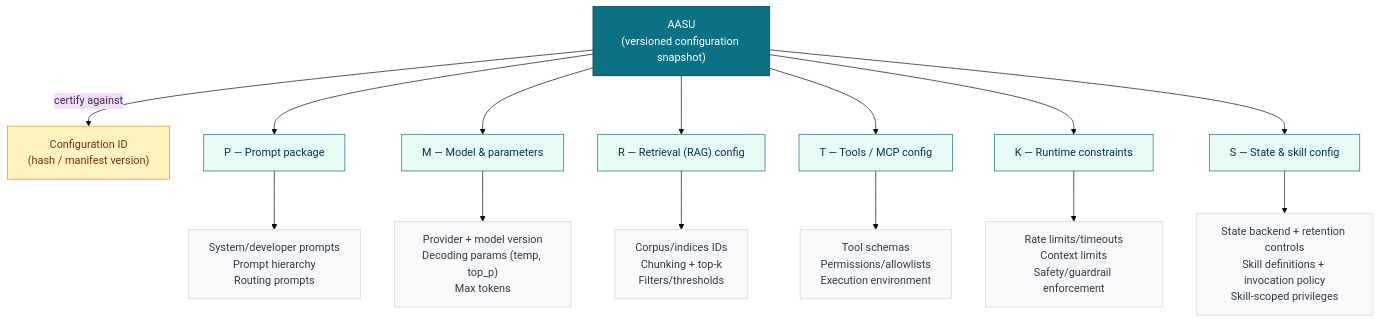
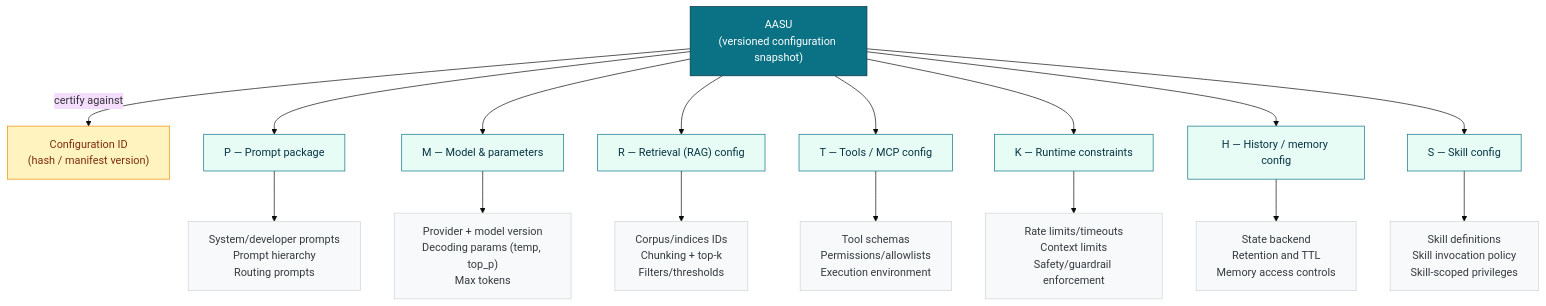
Before and after one commit to SAISec/AASU: the first of 9 diagrams in AASU_White_Paper_Consolidated_v2_2.md, drawn with Mermaid (base theme). The commit also changed other lines of this file and 16 other files, not shown here.

Commit message:
Use H for memory/history and S for skills across PMRTK extension

````diff
--- a/AASU_White_Paper_Consolidated_v2_2.md
+++ b/AASU_White_Paper_Consolidated_v2_2.md
@@ -67,32 +68,35 @@
 ```mermaid
 flowchart TB
   A["AASU<br/>(versioned configuration snapshot)"]:::aasu
   ID["Configuration ID<br/>(hash / manifest version)"]:::id
 
   P["P — Prompt package"]:::comp
   M["M — Model & parameters"]:::comp
   R["R — Retrieval (RAG) config"]:::comp
   T["T — Tools / MCP config"]:::comp
   K["K — Runtime constraints"]:::comp
-  S["S — State & skill config"]:::comp
+  H["H — History / memory config"]:::comp
+  S["S — Skill config"]:::comp
 
   A --> P
   A --> M
   A --> R
   A --> T
   A --> K
+  A --> H
   A --> S
   A -->|certify against| ID
 
   P --> Pdetail["System/developer prompts<br/>Prompt hierarchy<br/>Routing prompts"]:::detail
   M --> Mdetail["Provider + model version<br/>Decoding params (temp, top_p)<br/>Max tokens"]:::detail
   R --> Rdetail["Corpus/indices IDs<br/>Chunking + top-k<br/>Filters/thresholds"]:::detail
   T --> Tdetail["Tool schemas<br/>Permissions/allowlists<br/>Execution environment"]:::detail
   K --> Kdetail["Rate limits/timeouts<br/>Context limits<br/>Safety/guardrail enforcement"]:::detail
-  S --> Sdetail["State backend + retention controls<br/>Skill definitions + invocation policy<br/>Skill-scoped privileges"]:::detail
+  H --> Hdetail["State backend<br/>Retention and TTL<br/>Memory access controls"]:::detail
+  S --> Sdetail["Skill definitions<br/>Skill invocation policy<br/>Skill-scoped privileges"]:::detail
 
   classDef aasu fill:#0b7285,stroke:#083344,color:#ffffff;
   classDef id fill:#fff3bf,stroke:#f08c00,color:#7c2d12;
   classDef comp fill:#e6fcf5,stroke:#0b7285,color:#083344;
   classDef detail fill:#f8f9fa,stroke:#ced4da,color:#343a40;
 ```
````
